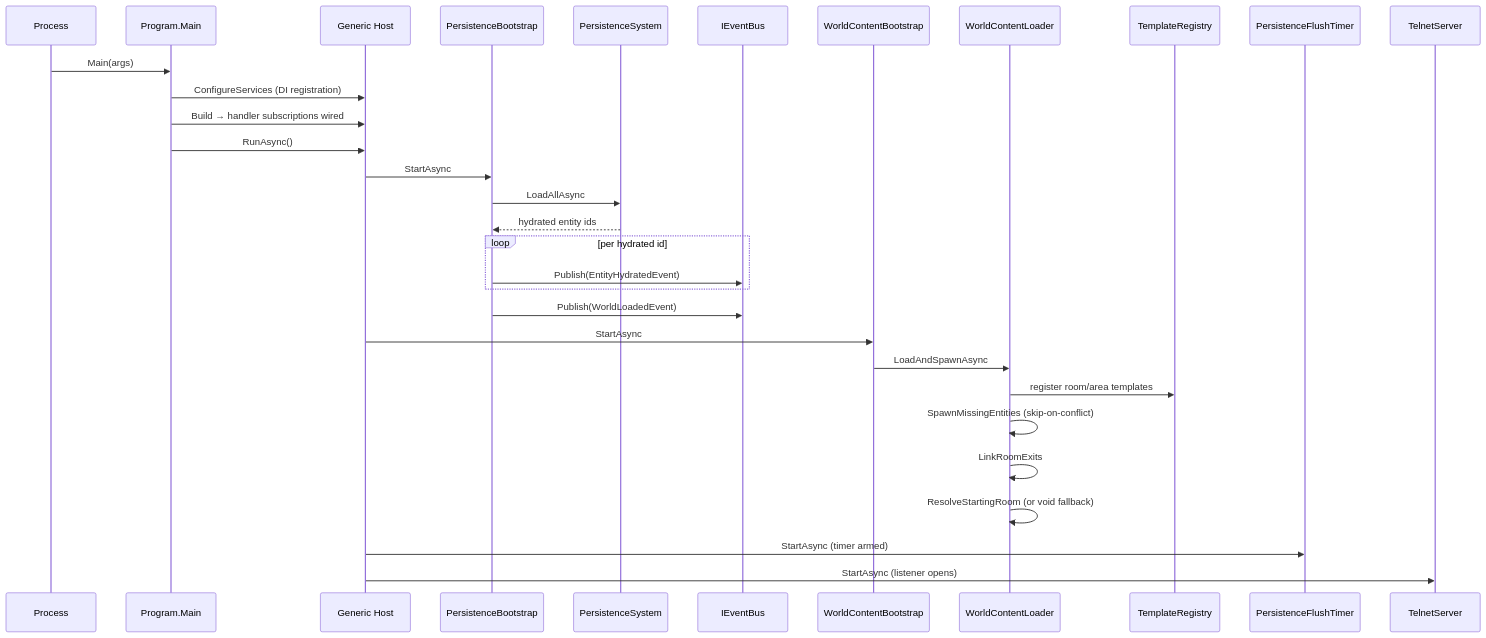
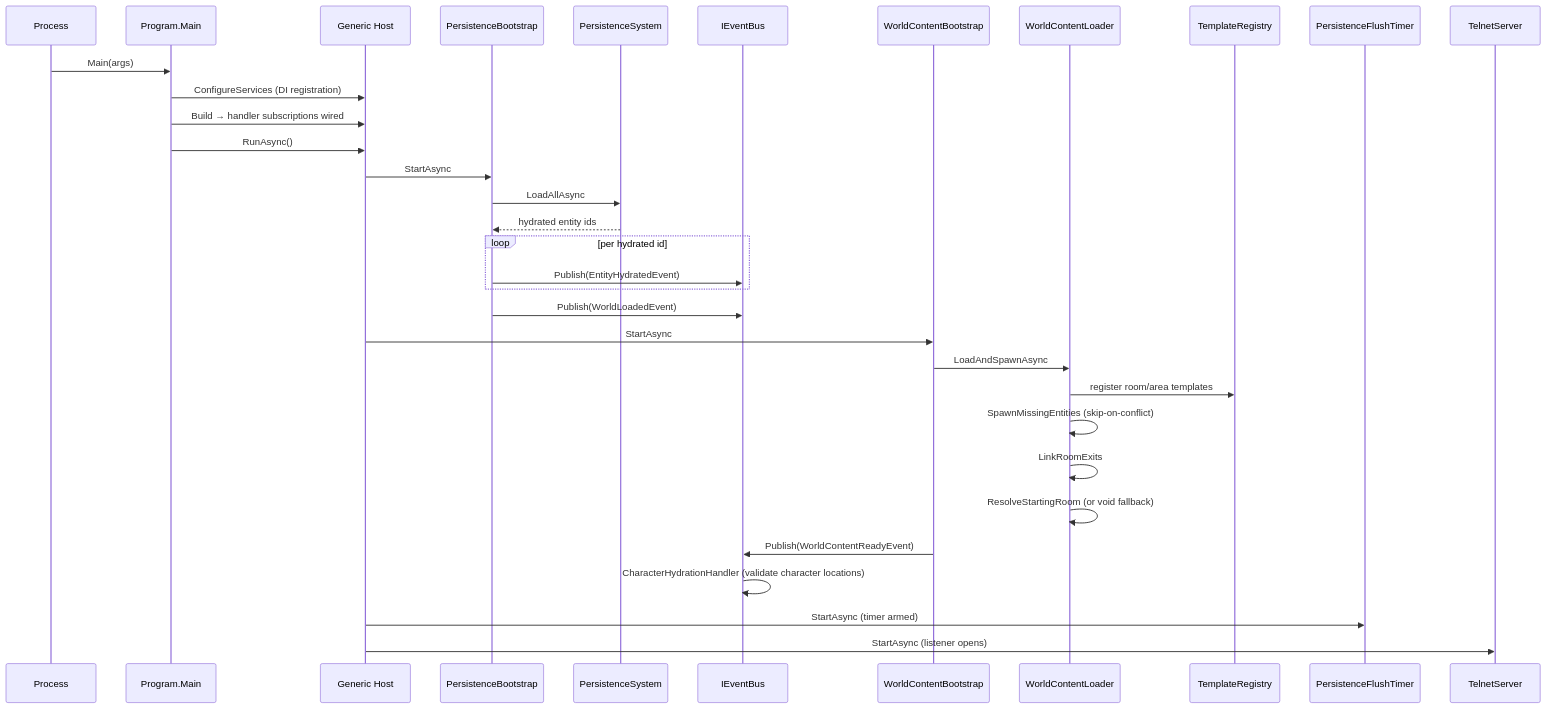
The first of 7 diagrams in docs/architecture/06-flows.md (dmbyer/Hedron), drawn with Mermaid before and after one commit. The commit also changed other lines of this file and 30 other files, not shown here.

````diff
--- a/docs/architecture/06-flows.md
+++ b/docs/architecture/06-flows.md
@@ -30,34 +31,36 @@
 ```mermaid
 sequenceDiagram
     participant Process
     participant Program as Program.Main
     participant Host as Generic Host
     participant PB as PersistenceBootstrap
     participant PSys as PersistenceSystem
     participant Bus as IEventBus
     participant WCB as WorldContentBootstrap
     participant WCL as WorldContentLoader
     participant Reg as TemplateRegistry
     participant FT as PersistenceFlushTimer
     participant TS as TelnetServer
 
     Process->>Program: Main(args)
     Program->>Host: ConfigureServices (DI registration)
     Program->>Host: Build → handler subscriptions wired
     Program->>Host: RunAsync()
     Host->>PB: StartAsync
     PB->>PSys: LoadAllAsync
     PSys-->>PB: hydrated entity ids
     loop per hydrated id
         PB->>Bus: Publish(EntityHydratedEvent)
     end
     PB->>Bus: Publish(WorldLoadedEvent)
     Host->>WCB: StartAsync
     WCB->>WCL: LoadAndSpawnAsync
     WCL->>Reg: register room/area templates
     WCL->>WCL: SpawnMissingEntities (skip-on-conflict)
     WCL->>WCL: LinkRoomExits
     WCL->>WCL: ResolveStartingRoom (or void fallback)
+    WCB->>Bus: Publish(WorldContentReadyEvent)
+    Bus->>Bus: CharacterHydrationHandler (validate character locations)
     Host->>FT: StartAsync (timer armed)
     Host->>TS: StartAsync (listener opens)
 ```
````
